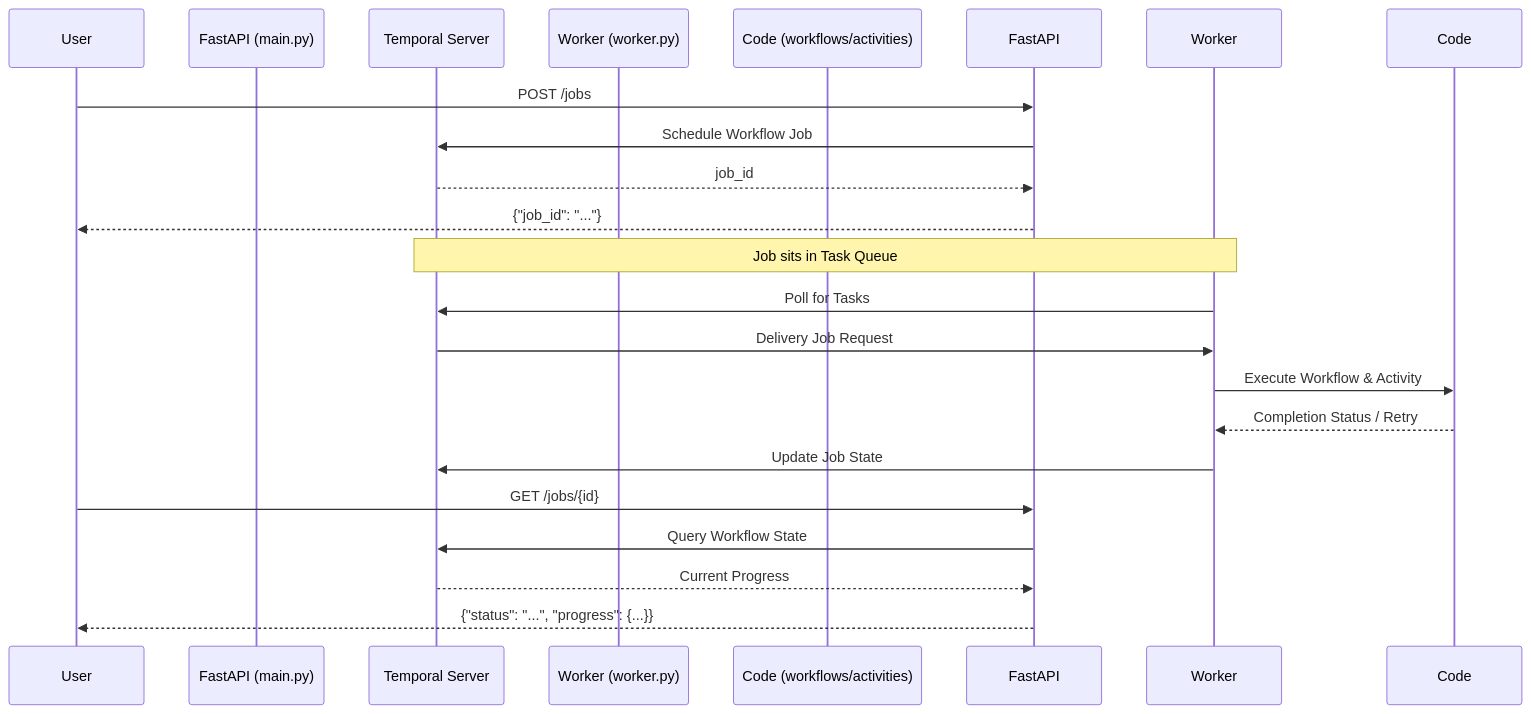
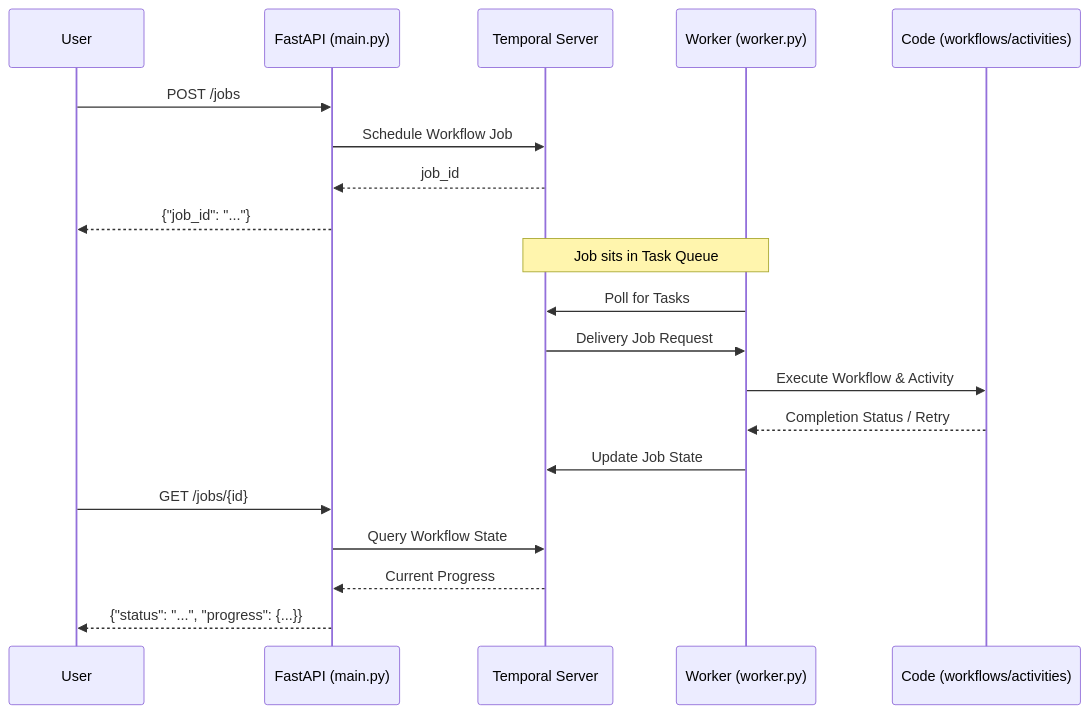
The diagram in README.md (AloyBoy-hub/Minimal-Temporal-Job-Service-FastAPI-Temporal-), drawn with Mermaid before and after one commit. The commit also changed other lines of this file, not shown here.

````diff
--- a/README.md
+++ b/README.md
@@ -68,26 +68,26 @@
 ```mermaid
 sequenceDiagram
     participant User
-    participant FastAPI (main.py)
-    participant Temporal Server
-    participant Worker (worker.py)
-    participant Code (workflows/activities)
+    participant App as FastAPI (main.py)
+    participant Server as Temporal Server
+    participant Worker as Worker (worker.py)
+    participant Logic as Code (workflows/activities)
 
-    User->>FastAPI: POST /jobs
-    FastAPI->>Temporal Server: Schedule Workflow Job
-    Temporal Server-->>FastAPI: job_id
-    FastAPI-->>User: {"job_id": "..."}
+    User->>App: POST /jobs
+    App->>Server: Schedule Workflow Job
+    Server-->>App: job_id
+    App-->>User: {"job_id": "..."}
     
-    Note over Temporal Server, Worker: Job sits in Task Queue
+    Note over Server, Worker: Job sits in Task Queue
     
-    Worker->>Temporal Server: Poll for Tasks
-    Temporal Server->>Worker: Delivery Job Request
-    Worker->>Code: Execute Workflow & Activity
-    Code-->>Worker: Completion Status / Retry
-    Worker->>Temporal Server: Update Job State
+    Worker->>Server: Poll for Tasks
+    Server->>Worker: Delivery Job Request
+    Worker->>Logic: Execute Workflow & Activity
+    Logic-->>Worker: Completion Status / Retry
+    Worker->>Server: Update Job State
     
-    User->>FastAPI: GET /jobs/{id}
-    FastAPI->>Temporal Server: Query Workflow State
-    Temporal Server-->>FastAPI: Current Progress
-    FastAPI-->>User: {"status": "...", "progress": {...}}
+    User->>App: GET /jobs/{id}
+    App->>Server: Query Workflow State
+    Server-->>App: Current Progress
+    App-->>User: {"status": "...", "progress": {...}}
 ```
````
